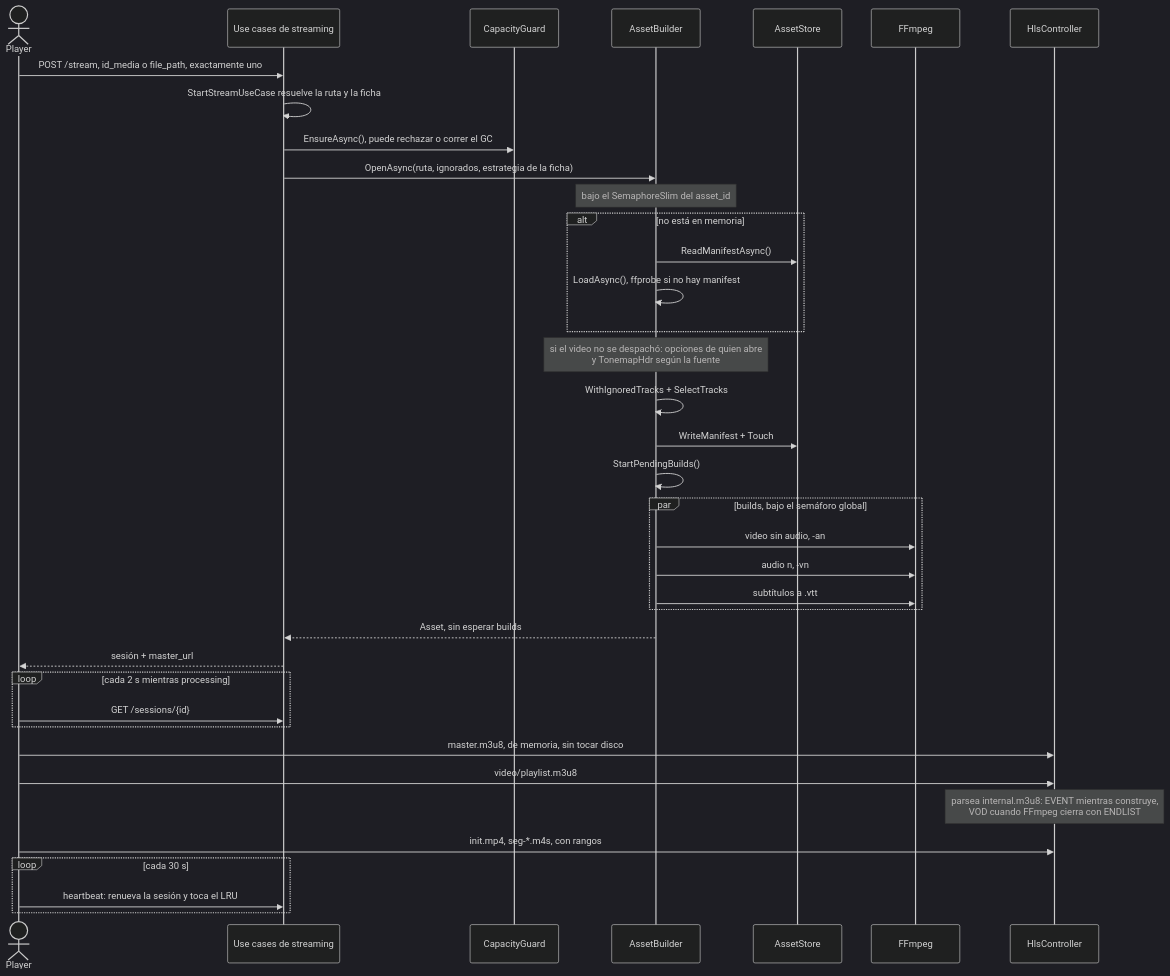
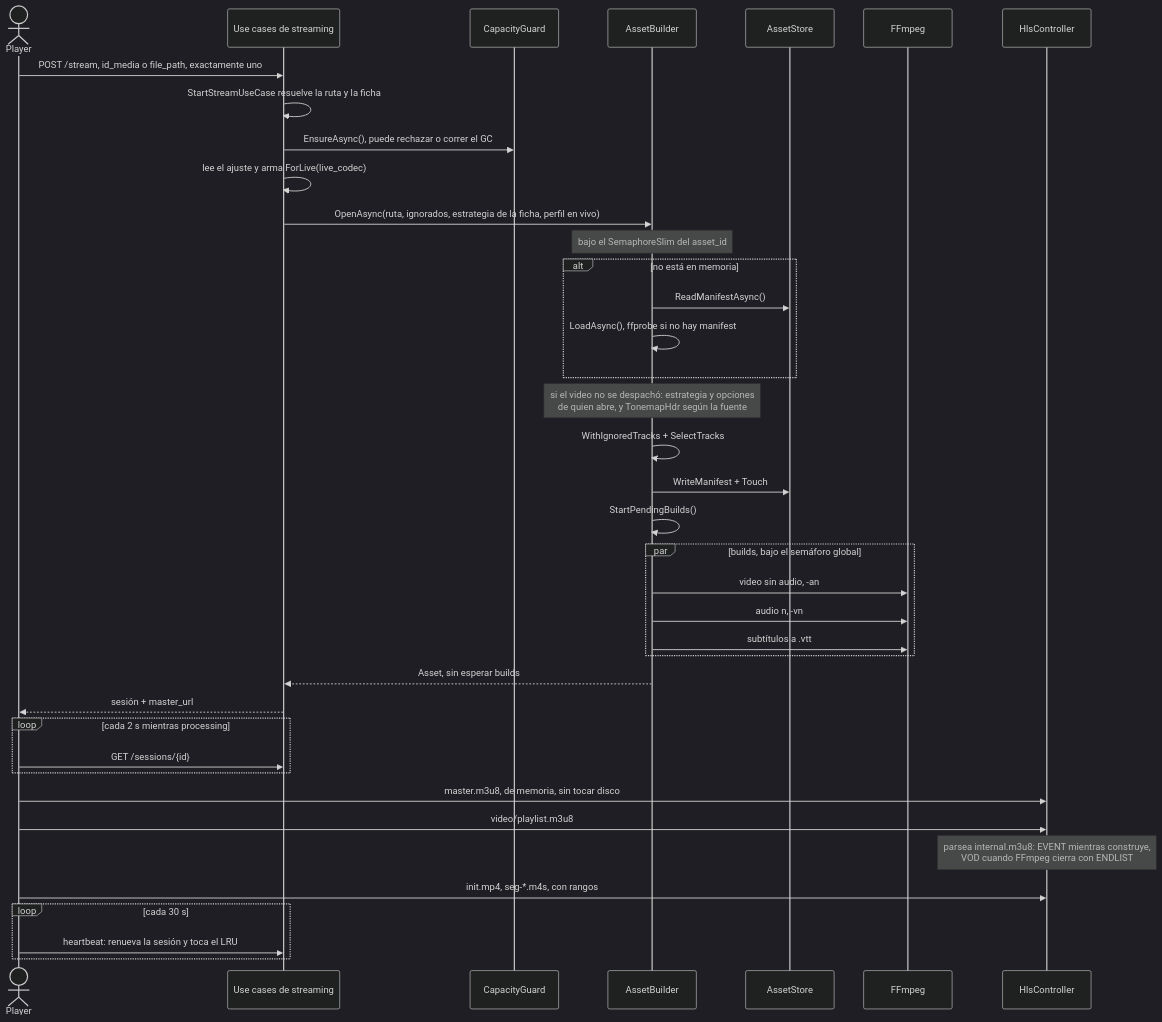
Before and after one commit to Juan045/home-stream-app: the seventh of 15 diagrams in system_arquitecture.md, drawn with Mermaid (dark theme). The commit also changed other lines of this file and 44 other files, not shown here.

````diff
--- a/system_arquitecture.md
+++ b/system_arquitecture.md
@@ -422,46 +452,47 @@
 ```mermaid
 sequenceDiagram
     actor P as Player
     participant UC as Use cases de streaming
     participant G as CapacityGuard
     participant B as AssetBuilder
     participant S as AssetStore
     participant F as FFmpeg
     participant H as HlsController
 
     P->>UC: POST /stream, id_media o file_path, exactamente uno
     UC->>UC: StartStreamUseCase resuelve la ruta y la ficha
     UC->>G: EnsureAsync(), puede rechazar o correr el GC
-    UC->>B: OpenAsync(ruta, ignorados, estrategia de la ficha)
+    UC->>UC: lee el ajuste y arma ForLive(live_codec)
+    UC->>B: OpenAsync(ruta, ignorados, estrategia de la ficha, perfil en vivo)
 
     Note over B: bajo el SemaphoreSlim del asset_id
     alt no está en memoria
         B->>S: ReadManifestAsync()
         B->>B: LoadAsync(), ffprobe si no hay manifest
     end
-    Note over B: si el video no se despachó: opciones de quien abre<br/>y TonemapHdr según la fuente
+    Note over B: si el video no se despachó: estrategia y opciones<br/>de quien abre, y TonemapHdr según la fuente
     B->>B: WithIgnoredTracks + SelectTracks
     B->>S: WriteManifest + Touch
     B->>B: StartPendingBuilds()
 
     par builds, bajo el semáforo global
         B->>F: video sin audio, -an
         B->>F: audio n, -vn
         B->>F: subtítulos a .vtt
     end
 
     B-->>UC: Asset, sin esperar builds
     UC-->>P: sesión + master_url
 
     loop cada 2 s mientras processing
         P->>UC: GET /sessions/{id}
     end
 
     P->>H: master.m3u8, de memoria, sin tocar disco
     P->>H: video/playlist.m3u8
     Note over H: parsea internal.m3u8: EVENT mientras construye,<br/>VOD cuando FFmpeg cierra con ENDLIST
     P->>H: init.mp4, seg-*.m4s, con rangos
     loop cada 30 s
         P->>UC: heartbeat: renueva la sesión y toca el LRU
     end
 ```
````
